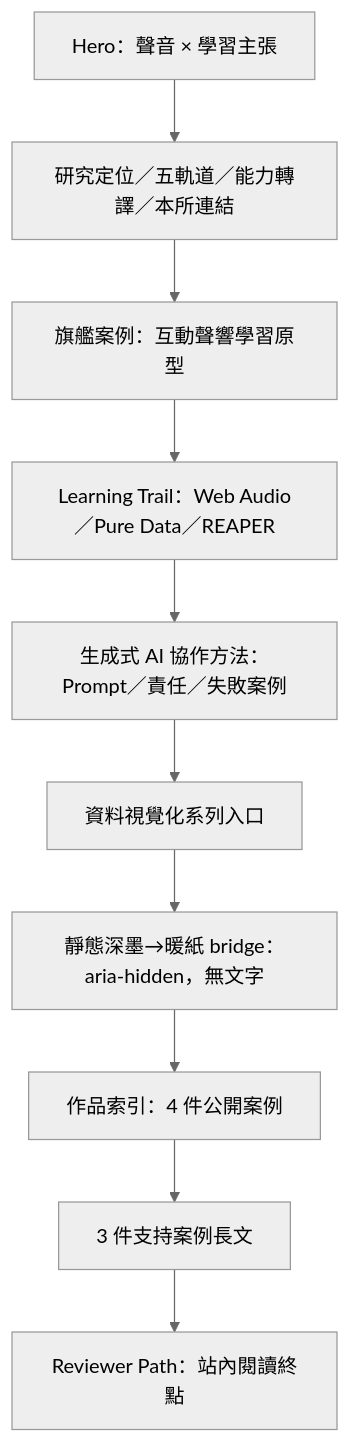
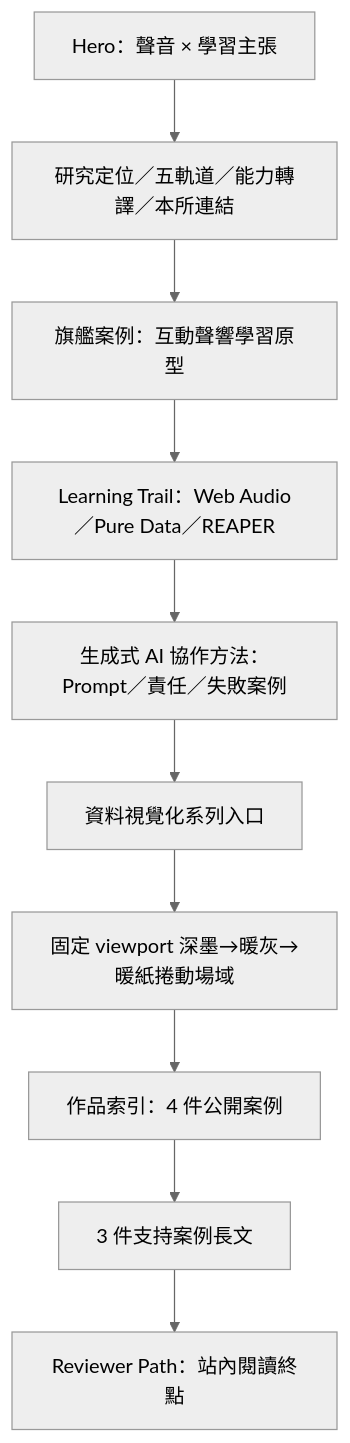
One commit to Ruyuang0509/ruyuang-portfolio changed the diagram in docs/website/CURRENT_STATE.md. Above: the diagram before and after it, drawn with Mermaid (neutral theme). The commit also changed other lines of this file and 30 other files, not shown here.

````diff
--- a/docs/website/CURRENT_STATE.md
+++ b/docs/website/CURRENT_STATE.md
@@ -25,12 +48,12 @@
 ```mermaid
 flowchart TD
   A["Hero：聲音 × 學習主張"] --> B["研究定位／五軌道／能力轉譯／本所連結"]
   B --> C["旗艦案例：互動聲響學習原型"]
   C --> D["Learning Trail：Web Audio／Pure Data／REAPER"]
   D --> E["生成式 AI 協作方法：Prompt／責任／失敗案例"]
   E --> F["資料視覺化系列入口"]
-  F --> G["靜態深墨→暖紙 bridge：aria-hidden，無文字"]
+  F --> G["固定 viewport 深墨→暖灰→暖紙捲動場域"]
   G --> H["作品索引：4 件公開案例"]
   H --> I["3 件支持案例長文"]
   I --> J["Reviewer Path：站內閱讀終點"]
 ```
````
